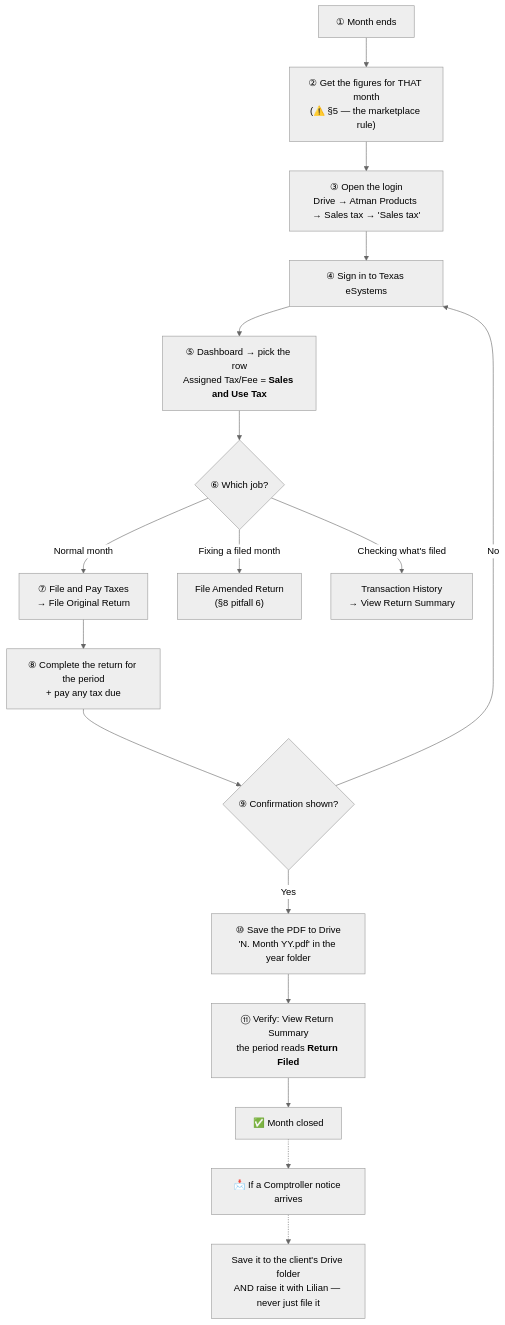
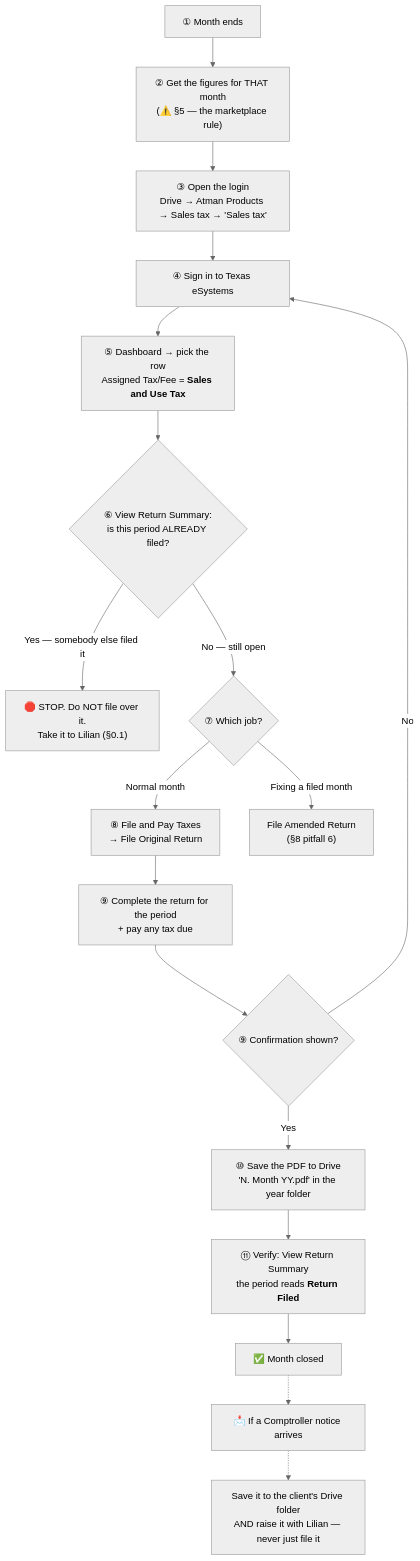
Before and after one commit to JuliaJKAcct/JKAccountingGroup: the diagram in projects/sops/atman-parts-tx-sales-tax.md, drawn with Mermaid (neutral theme). The commit also changed other lines of this file and 4 other files, not shown here.

First line of the commit message:
July was already filed when Lilian opened the portal — and the SOP said it was ours

````diff
--- a/projects/sops/atman-parts-tx-sales-tax.md
+++ b/projects/sops/atman-parts-tx-sales-tax.md
@@ -28,19 +33,20 @@
 ```mermaid
 flowchart TD
   A["① Month ends"] --> B["② Get the figures for THAT month<br/>(⚠️ §5 — the marketplace rule)"]
   B --> C["③ Open the login<br/>Drive → Atman Products → Sales tax → 'Sales tax'"]
   C --> D["④ Sign in to Texas eSystems"]
   D --> E["⑤ Dashboard → pick the row<br/>Assigned Tax/Fee = <b>Sales and Use Tax</b>"]
-  E --> F{"⑥ Which job?"}
-  F -- "Normal month" --> G["⑦ File and Pay Taxes<br/>→ File Original Return"]
+  E --> Z{"⑥ View Return Summary:<br/>is this period ALREADY filed?"}
+  Z -- "Yes — somebody else filed it" --> Y["🛑 STOP. Do NOT file over it.<br/>Take it to Lilian (§0.1)"]
+  Z -- "No — still open" --> F{"⑦ Which job?"}
+  F -- "Normal month" --> G["⑧ File and Pay Taxes<br/>→ File Original Return"]
   F -- "Fixing a filed month" --> H["File Amended Return<br/>(§8 pitfall 6)"]
-  F -- "Checking what's filed" --> I["Transaction History<br/>→ View Return Summary"]
-  G --> J["⑧ Complete the return for the period<br/>+ pay any tax due"]
+  G --> J["⑨ Complete the return for the period<br/>+ pay any tax due"]
   J --> K{"⑨ Confirmation shown?"}
   K -- "No" --> D
   K -- "Yes" --> L["⑩ Save the PDF to Drive<br/>'N. Month YY.pdf' in the year folder"]
   L --> M["⑪ Verify: View Return Summary<br/>the period reads <b>Return Filed</b>"]
   M --> N["✅ Month closed"]
   N -.-> O["📩 If a Comptroller notice arrives"]
   O -.-> P["Save it to the client's Drive folder<br/>AND raise it with Lilian — never just file it"]
 ```
````
